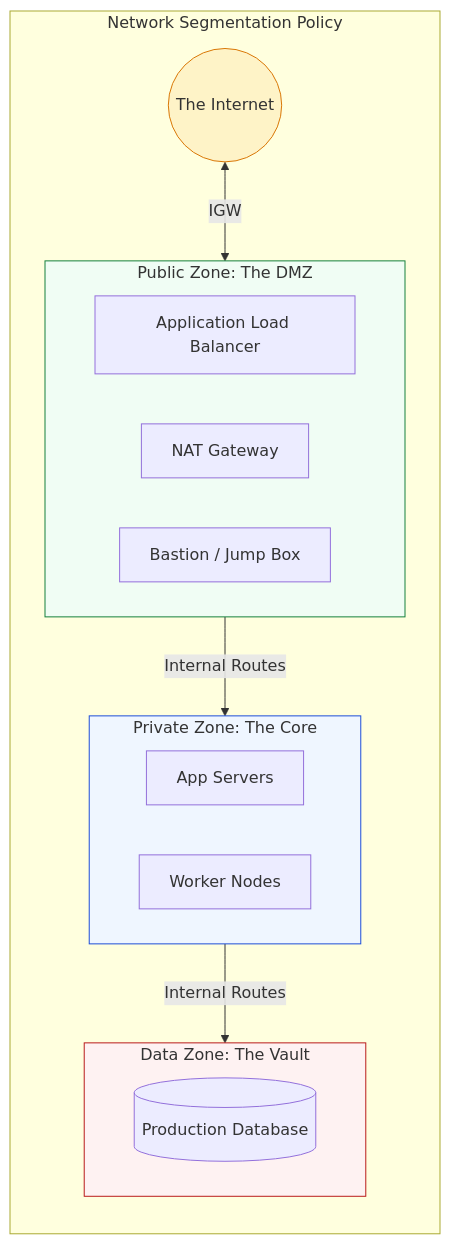
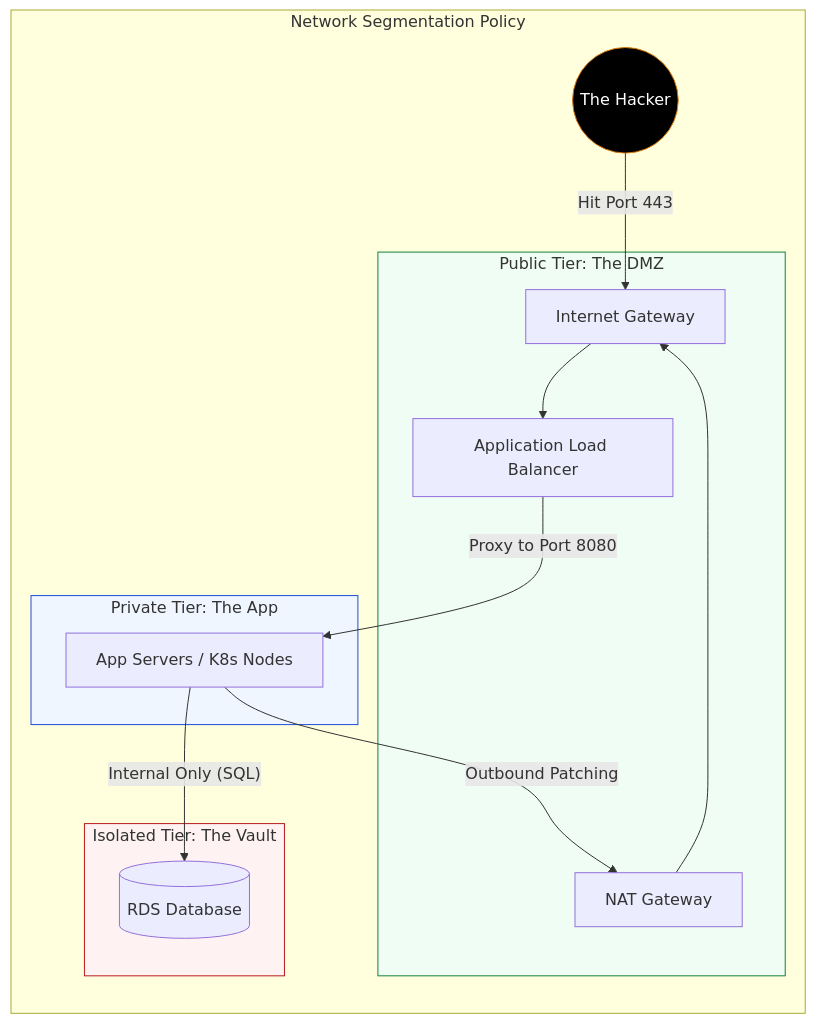
One commit to Ganil151/Devops changed the diagram in 2-Intermediate/01-Phase-1/01-Networking/01-Fundamentals/Key-Concepts/02-Subnetting-and-CIDR/03-Public-and-Private-Zoning/README.md. Above: the diagram before and after it, drawn with Mermaid. The commit also changed other lines of this file and 75 other files, not shown here.

````diff
--- a/2-Intermediate/01-Phase-1/01-Networking/01-Fundamentals/Key-Concepts/02-Subnetting-and-CIDR/03-Public-and-Private-Zoning/README.md
+++ b/2-Intermediate/01-Phase-1/01-Networking/01-Fundamentals/Key-Concepts/02-Subnetting-and-CIDR/03-Public-and-Private-Zoning/README.md
@@ -5,29 +38,32 @@
 ```mermaid
 graph TD
     subgraph VPC_Zoning[Network Segmentation Policy]
         direction TB
-        subgraph Public_Zone[Public Zone: The DMZ]
+        subgraph Public_Zone[Public Tier: The DMZ]
+            IGW[Internet Gateway]
             ALB[Application Load Balancer]
             NAT[NAT Gateway]
-            Bastion[Bastion / Jump Box]
         end
         
-        subgraph Private_Zone[Private Zone: The Core]
-            App[App Servers]
-            Worker[Worker Nodes]
+        subgraph Private_Zone[Private Tier: The App]
+            App[App Servers / K8s Nodes]
         end
         
-        subgraph Data_Zone[Data Zone: The Vault]
-            DB[(Production Database)]
+        subgraph Isolated_Zone[Isolated Tier: The Vault]
+            DB[(RDS Database)]
         end
         
-        Internet((The Internet)) <-->|IGW| Public_Zone
-        Public_Zone -->|Internal Routes| Private_Zone
-        Private_Zone -->|Internal Routes| Data_Zone
+        Internet((The Hacker)) --"Hit Port 443"--> IGW
+        IGW --> ALB
+        ALB --"Proxy to Port 8080"--> App
+        
+        App --"Internal Only (SQL)"--> DB
+        App --"Outbound Patching"--> NAT
+        NAT --> IGW
     end
 
     style Public_Zone fill:#f0fdf4,stroke:#15803d
     style Private_Zone fill:#eff6ff,stroke:#1d4ed8
-    style Data_Zone fill:#fef2f2,stroke:#b91c1c
-    style Internet fill:#fef3c7,stroke:#d97706
+    style Isolated_Zone fill:#fef2f2,stroke:#b91c1c
+    style Internet fill:#000000,stroke:#d97706,color:#fff
 ```
````
